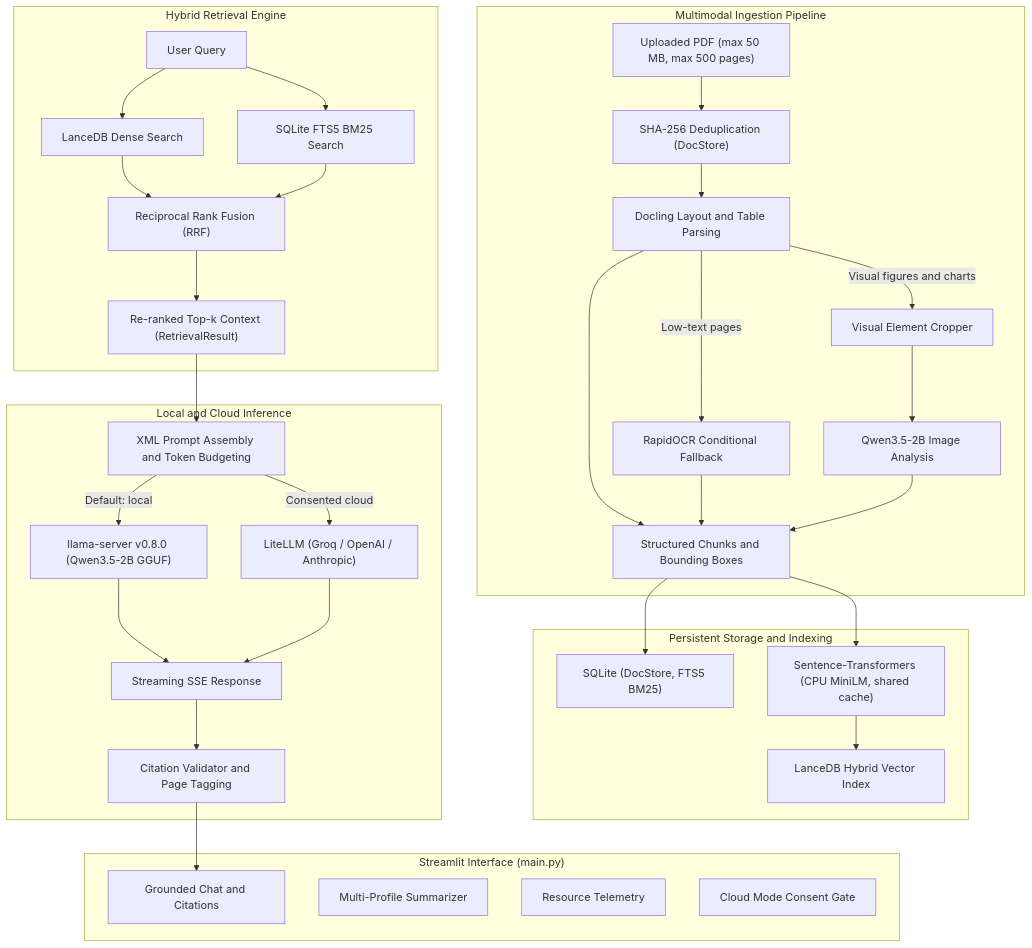
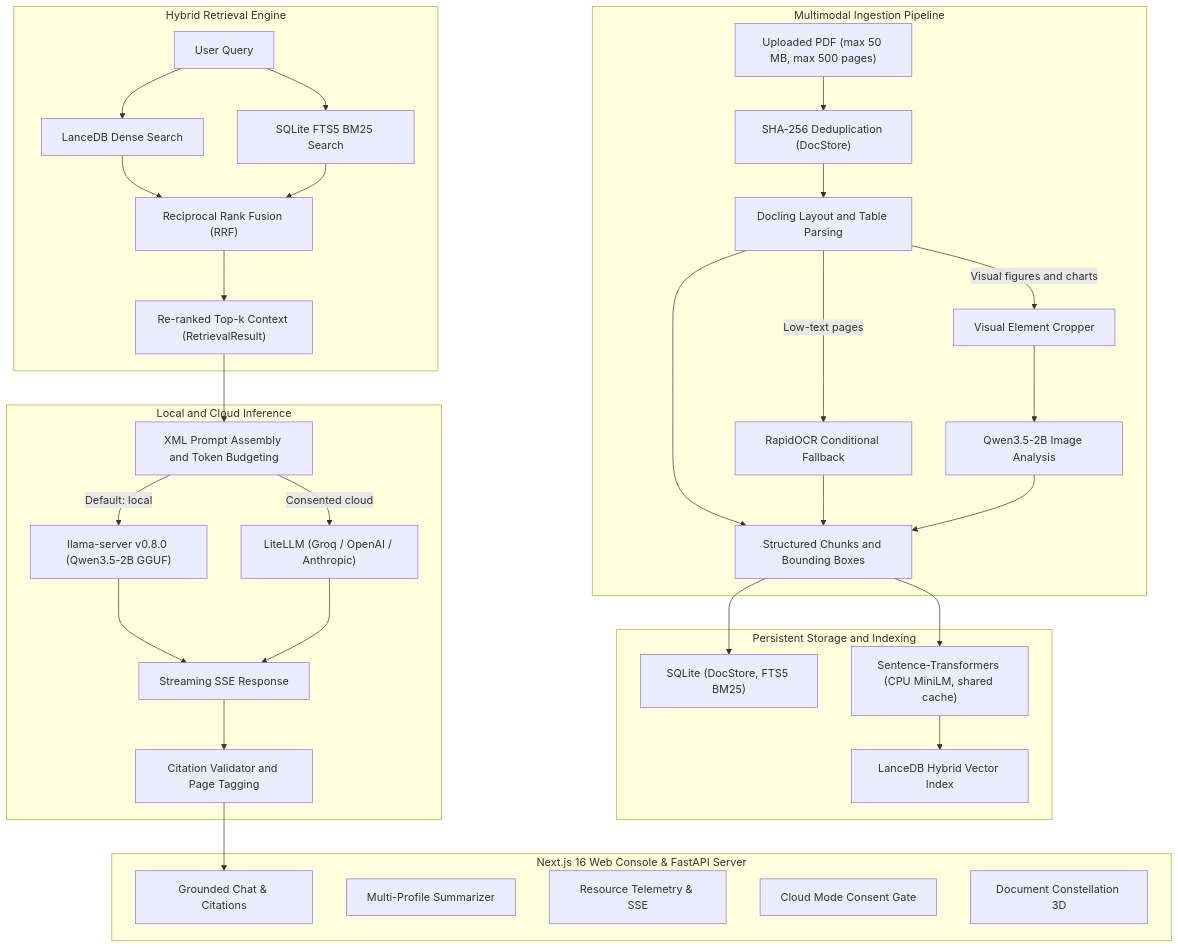
One commit to Vittalgb-05/RAG changed the diagram in README.md. Above: the diagram before and after it, drawn with Mermaid. The commit also changed other lines of this file and 38 other files, not shown here.

First line of the commit message:
fix(codebase): resolve CONCERNS.md bugs, align start/setup, configure CI/CD checks and Graphicle workflows

````diff
--- a/README.md
+++ b/README.md
@@ -29,40 +30,41 @@
 ```mermaid
 flowchart TD
-    subgraph UI ["Streamlit Interface (main.py)"]
-        Chat["Grounded Chat and Citations"]
+    subgraph UI ["Next.js 16 Web Console & FastAPI Server"]
+        Chat["Grounded Chat & Citations"]
         Summary["Multi-Profile Summarizer"]
-        Telemetry["Resource Telemetry"]
+        Telemetry["Resource Telemetry & SSE"]
         CloudToggle["Cloud Mode Consent Gate"]
+        Constellation["Document Constellation 3D"]
     end
 
     subgraph Ingestion ["Multimodal Ingestion Pipeline"]
         PDF["Uploaded PDF (max 50 MB, max 500 pages)"] --> Hash["SHA-256 Deduplication (DocStore)"]
         Hash --> Docling["Docling Layout and Table Parsing"]
         Docling -->|Low-text pages| OCR["RapidOCR Conditional Fallback"]
         Docling -->|Visual figures and charts| Crop["Visual Element Cropper"]
         Crop --> VLM["Qwen3.5-2B Image Analysis"]
         Docling & OCR & VLM --> Chunks["Structured Chunks and Bounding Boxes"]
     end
 
     subgraph Storage ["Persistent Storage and Indexing"]
         Chunks --> SQLite["SQLite (DocStore, FTS5 BM25)"]
         Chunks --> Embed["Sentence-Transformers (CPU MiniLM, shared cache)"]
         Embed --> Lance["LanceDB Hybrid Vector Index"]
     end
 
     subgraph Retrieval ["Hybrid Retrieval Engine"]
         UserQ["User Query"] --> VectorSearch["LanceDB Dense Search"]
         UserQ --> LexicalSearch["SQLite FTS5 BM25 Search"]
         VectorSearch & LexicalSearch --> RRF["Reciprocal Rank Fusion (RRF)"]
         RRF --> Context["Re-ranked Top-k Context (RetrievalResult)"]
     end
 
     subgraph Generation ["Local and Cloud Inference"]
         Context --> Prompt["XML Prompt Assembly and Token Budgeting"]
         Prompt -->|Default: local| LlamaServer["llama-server v0.8.0 (Qwen3.5-2B GGUF)"]
         Prompt -->|Consented cloud| LiteLLM["LiteLLM (Groq / OpenAI / Anthropic)"]
         LlamaServer & LiteLLM --> Stream["Streaming SSE Response"]
         Stream --> Verify["Citation Validator and Page Tagging"]
         Verify --> Chat
     end
 ```
````
